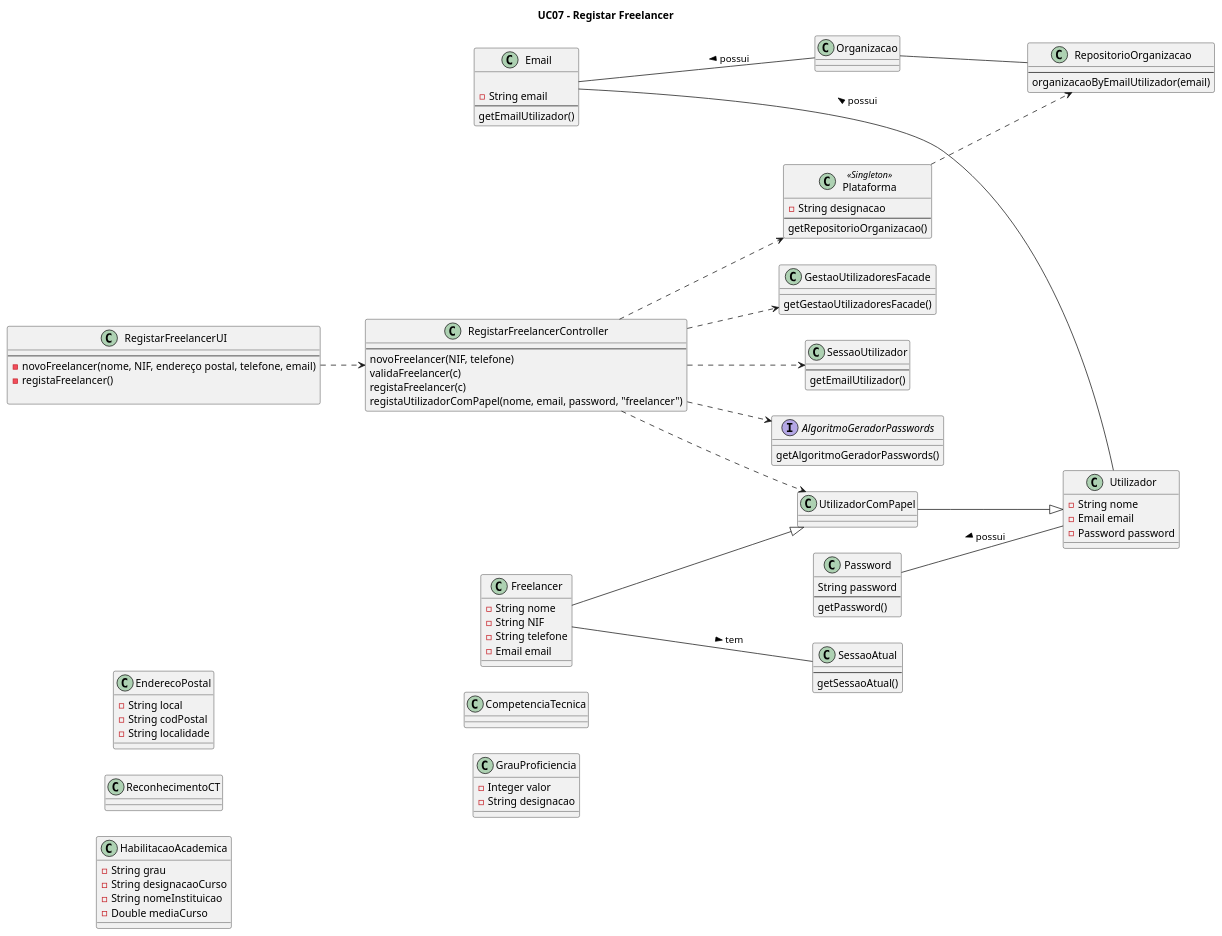
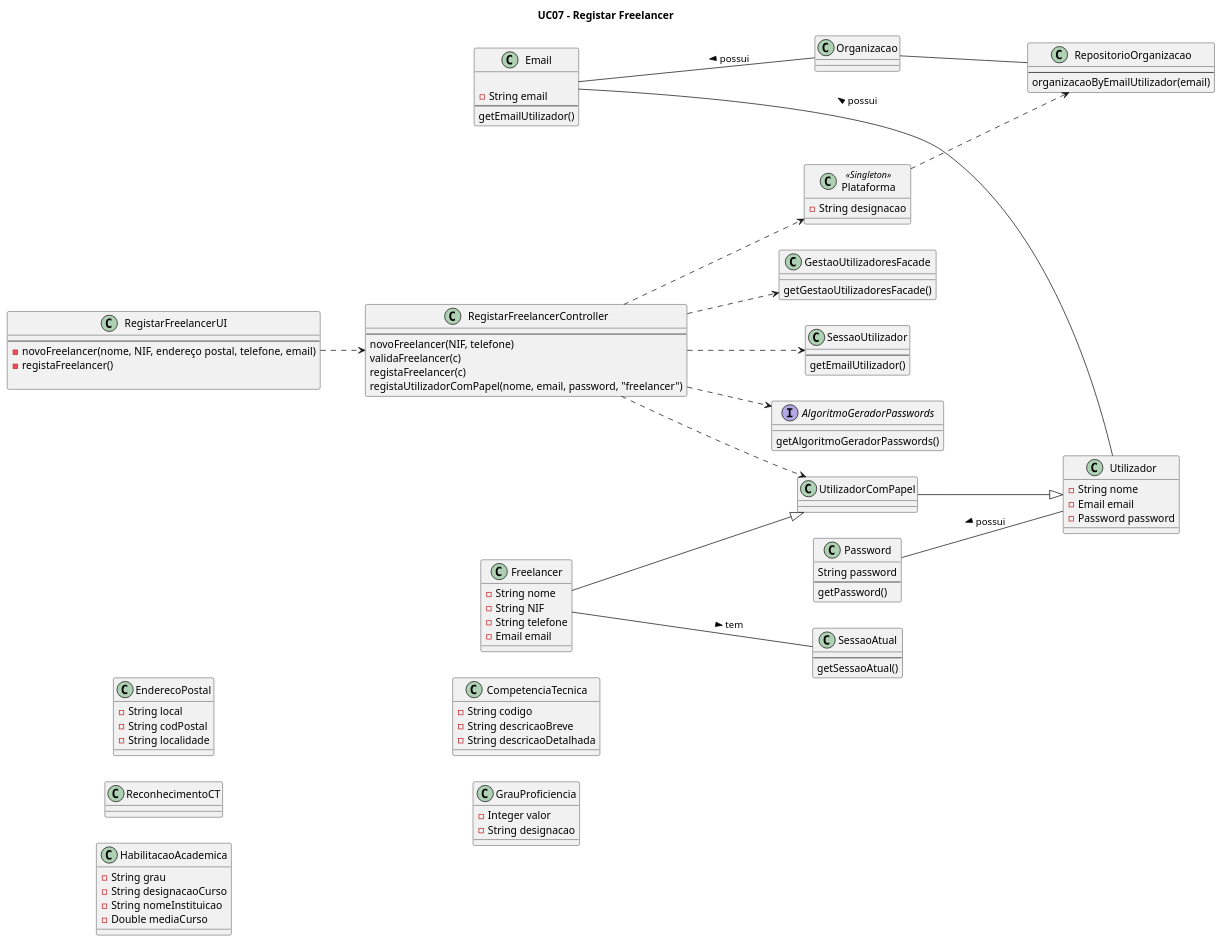
Before and after one commit to blestonbandeiraUPSKILL/upskill_java1_labprg_grupo2: the diagram in Documentação/Sprint 3/UC07_Registar_Freelancer/UC07_Registar_Freelancer_Diagrama_Classes.puml, drawn with PlantUML.

```diff
--- a/Documentação/Sprint 3/UC07_Registar_Freelancer/UC07_Registar_Freelancer_Diagrama_Classes.puml
+++ b/Documentação/Sprint 3/UC07_Registar_Freelancer/UC07_Registar_Freelancer_Diagrama_Classes.puml
@@ -1,126 +1,126 @@
 @startuml
 
 title UC07 - Registar Freelancer
 
 left to right direction
 
 class Plataforma <<Singleton>> {
     -String designacao
-    --
-    getRepositorioOrganizacao()
 }
 
 class RegistarFreelancerUI{
     --
     -novoFreelancer(nome, NIF, endereço postal, telefone, email)
     -registaFreelancer()
 
 }
 
 class RegistarFreelancerController{
     --
     novoFreelancer(NIF, telefone)
     validaFreelancer(c)
     registaFreelancer(c)
     registaUtilizadorComPapel(nome, email, password, "freelancer")
 }
 
 class Freelancer {
     -String nome
     -String NIF
     -String telefone
     -Email email
 }
 
 class EnderecoPostal {
     -String local
     -String codPostal
     -String localidade
 }
 
 class Email {
 
 }
 
 class ReconhecimentoCT {
 }
 
 class HabilitacaoAcademica {
     -String grau
     -String designacaoCurso
     -String nomeInstituicao
     -Double mediaCurso
 }
 
 class CompetenciaTecnica {
-
+    -String codigo
+    -String descricaoBreve
+    -String descricaoDetalhada
 }
 
 class GrauProficiencia {
     -Integer valor
     -String designacao
 }
 
 class Utilizador {
     -String nome
     -Email email
     -Password password
 }
 
 class GestaoUtilizadoresFacade{
     getGestaoUtilizadoresFacade()
 }
 
 class SessaoAtual{
     --
     getSessaoAtual()
 }
 
 class SessaoUtilizador{
     --
     getEmailUtilizador()
 }
 
 class RepositorioOrganizacao{
     --
     organizacaoByEmailUtilizador(email)
 }
 
 interface AlgoritmoGeradorPasswords{
     getAlgoritmoGeradorPasswords()
 }
 
 class Password{
     String password
     --
     getPassword()
 }
 
 class UtilizadorComPapel{
 }
 
 
 class Email {
     -String email
     --
     getEmailUtilizador()
 }
 
 RegistarFreelancerUI ..> RegistarFreelancerController
 RegistarFreelancerController ..> Plataforma
 RegistarFreelancerController ..> GestaoUtilizadoresFacade
 RegistarFreelancerController ..> SessaoUtilizador
 
 Freelancer --|> UtilizadorComPapel
 UtilizadorComPapel --|> Utilizador
 Email -- Utilizador: < possui
 Password -- Utilizador: < possui
 Email -- Organizacao: < possui
 Organizacao -- RepositorioOrganizacao
 Freelancer -- SessaoAtual: tem >
 RegistarFreelancerController ..> UtilizadorComPapel
 RegistarFreelancerController ..> AlgoritmoGeradorPasswords
 Plataforma ..> RepositorioOrganizacao
 
 
 @enduml
```
